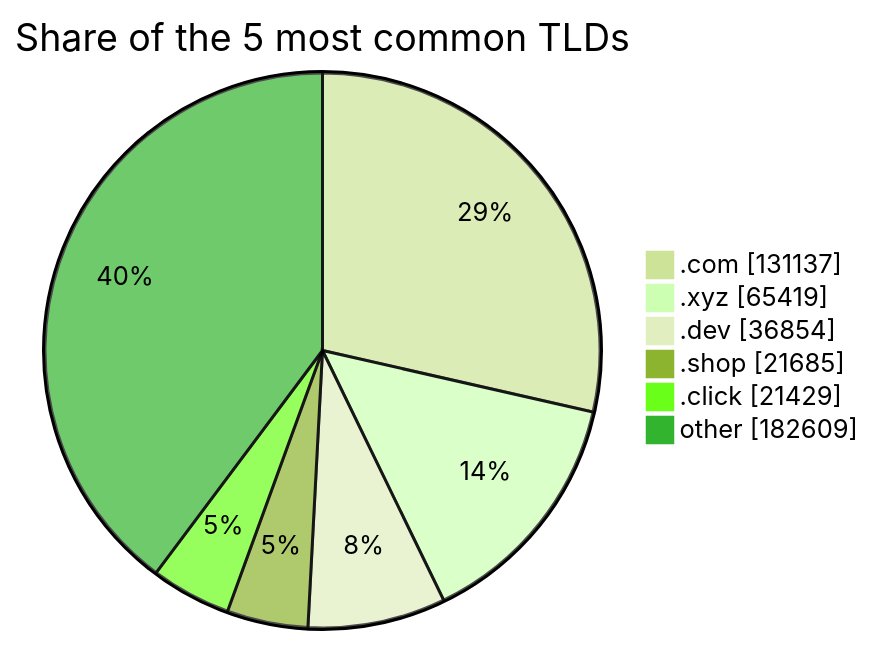
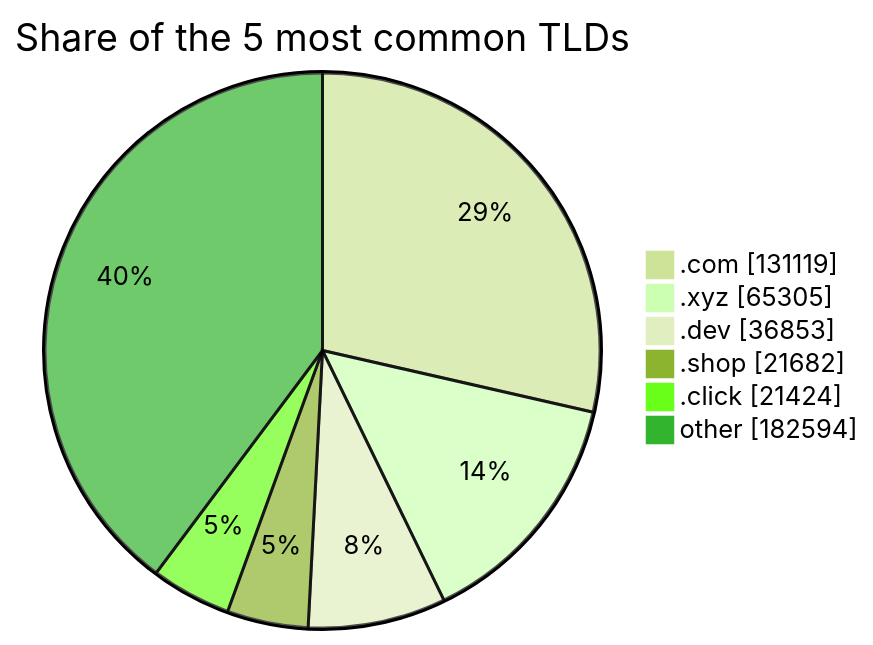
One commit to DNSBunker/CTI changed the third of 3 diagrams in README.md. Above: the diagram before and after it, drawn with Mermaid (forest theme). The commit also changed other lines of this file and 3 other files, not shown here.

````diff
--- a/README.md
+++ b/README.md
@@ -81,9 +81,9 @@
 ```mermaid
 pie showData title Share of the 5 most common TLDs
-    ".com" : 131137
-    ".xyz" : 65419
-    ".dev" : 36854
-    ".shop" : 21685
-    ".click" : 21429
-    "other" : 182609
+    ".com" : 131119
+    ".xyz" : 65305
+    ".dev" : 36853
+    ".shop" : 21682
+    ".click" : 21424
+    "other" : 182594
 ```
````
